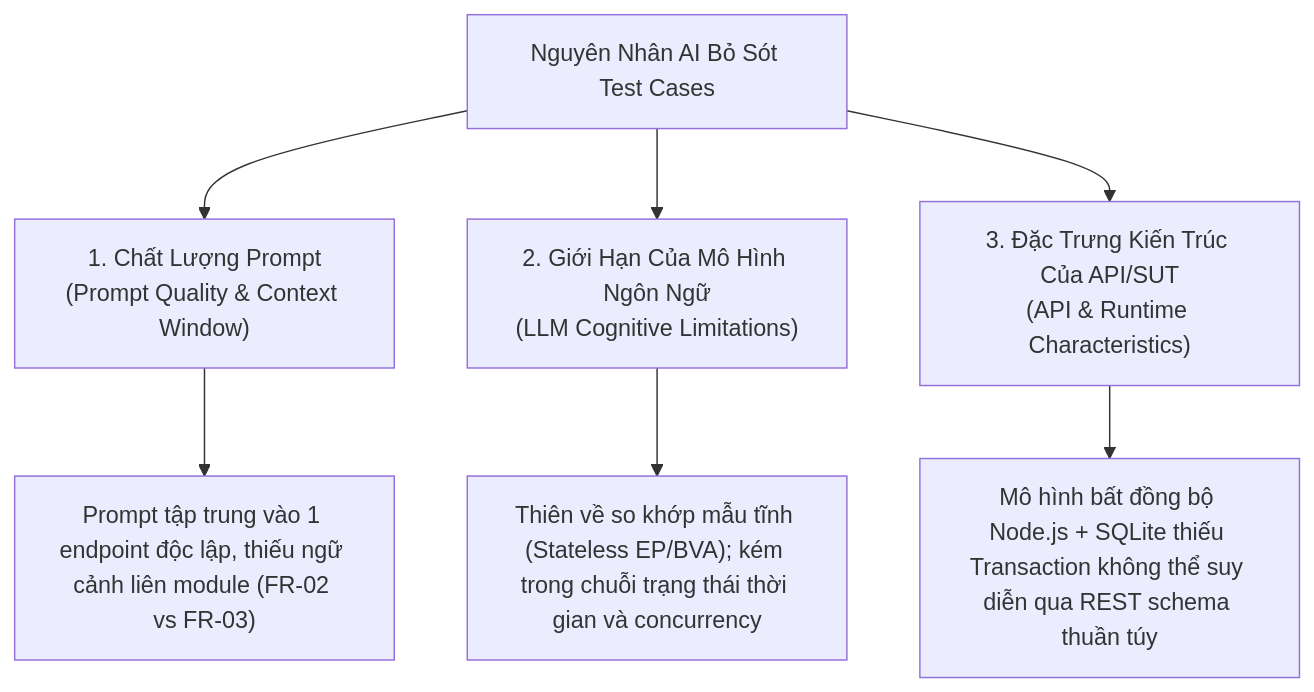
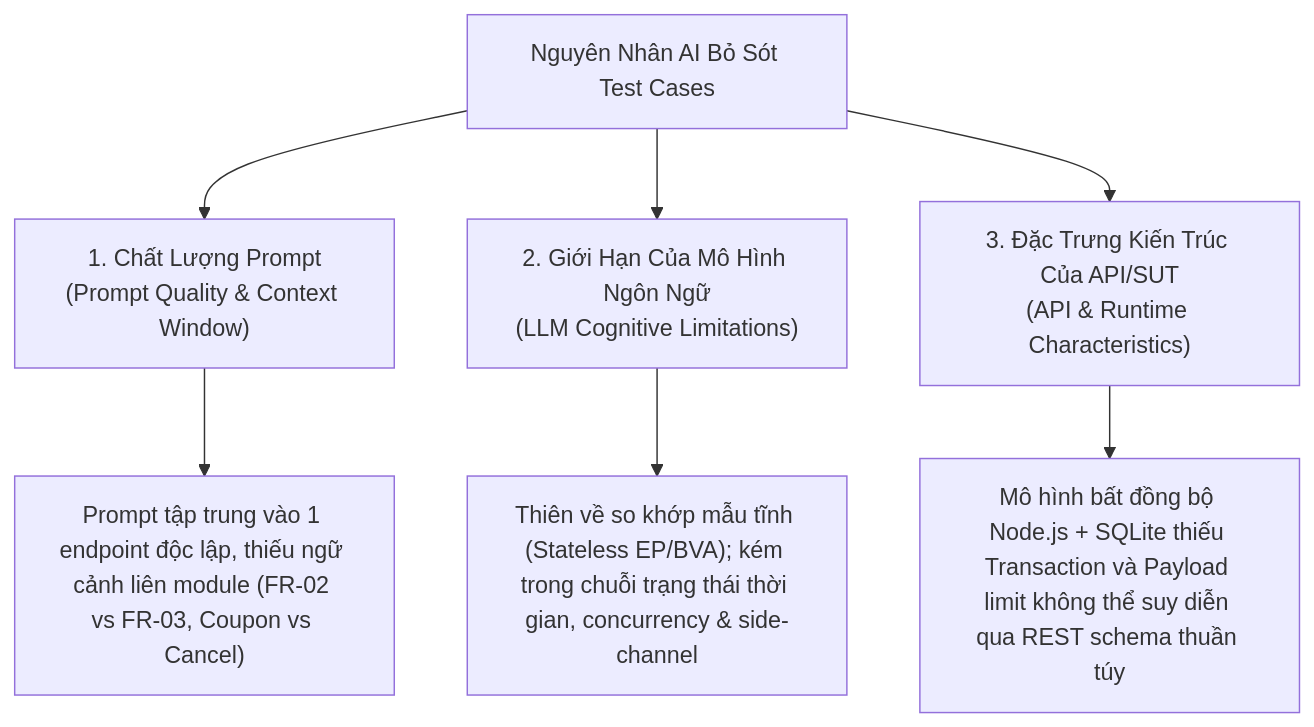
Before and after one commit to yuran1811/hcmus-sw-testing--eshop-sut: the third of 3 diagrams in HW6/Report/23127148_HW06_API_Testing_Report.md, drawn with Mermaid. The commit also changed other lines of this file and 22 other files, not shown here.

````diff
--- a/HW6/Report/23127148_HW06_API_Testing_Report.md
+++ b/HW6/Report/23127148_HW06_API_Testing_Report.md
@@ -105,10 +117,10 @@
 ```mermaid
 graph TD
     A["Nguyên Nhân AI Bỏ Sót Test Cases"] --> B["1. Chất Lượng Prompt<br>(Prompt Quality & Context Window)"]
     A --> C["2. Giới Hạn Của Mô Hình Ngôn Ngữ<br>(LLM Cognitive Limitations)"]
     A --> D["3. Đặc Trưng Kiến Trúc Của API/SUT<br>(API & Runtime Characteristics)"]
     
-    B --> B1["Prompt tập trung vào 1 endpoint độc lập, thiếu ngữ cảnh liên module (FR-02 vs FR-03)"]
-    C --> C1["Thiên về so khớp mẫu tĩnh (Stateless EP/BVA); kém trong chuỗi trạng thái thời gian và concurrency"]
-    D --> D1["Mô hình bất đồng bộ Node.js + SQLite thiếu Transaction không thể suy diễn qua REST schema thuần túy"]
+    B --> B1["Prompt tập trung vào 1 endpoint độc lập, thiếu ngữ cảnh liên module (FR-02 vs FR-03, Coupon vs Cancel)"]
+    C --> C1["Thiên về so khớp mẫu tĩnh (Stateless EP/BVA); kém trong chuỗi trạng thái thời gian, concurrency & side-channel"]
+    D --> D1["Mô hình bất đồng bộ Node.js + SQLite thiếu Transaction và Payload limit không thể suy diễn qua REST schema thuần túy"]
 ```
````
